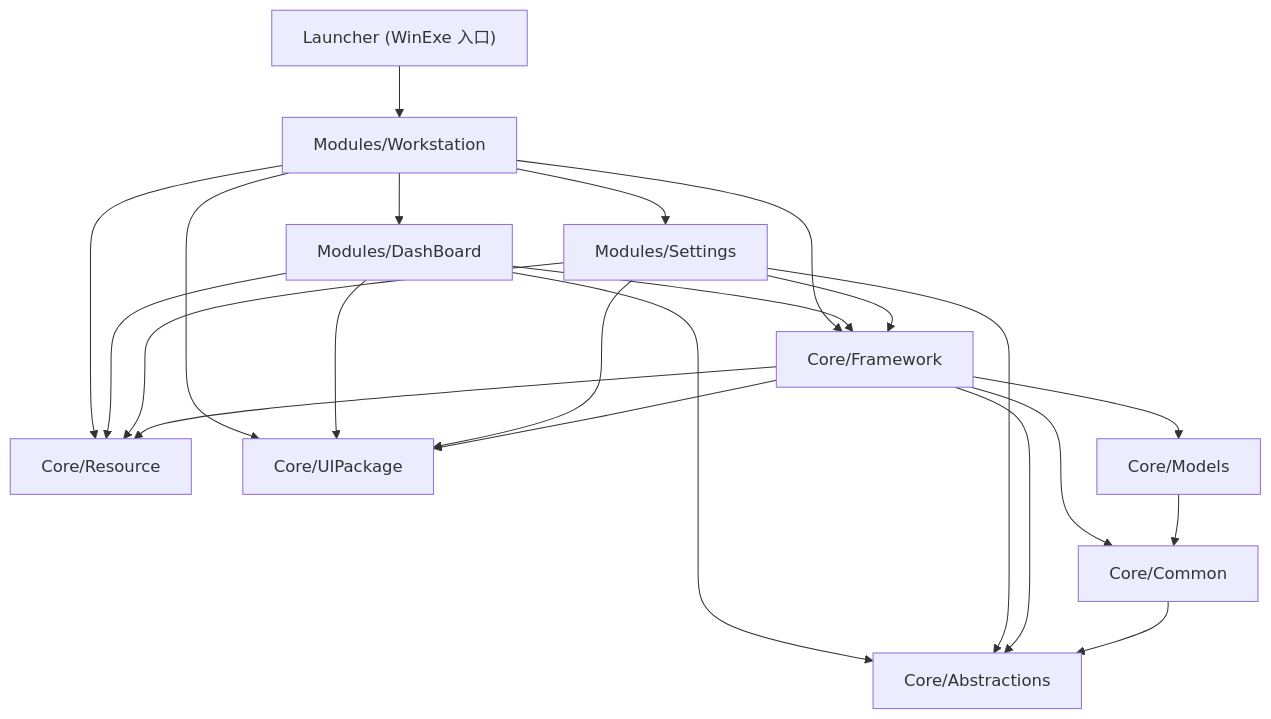
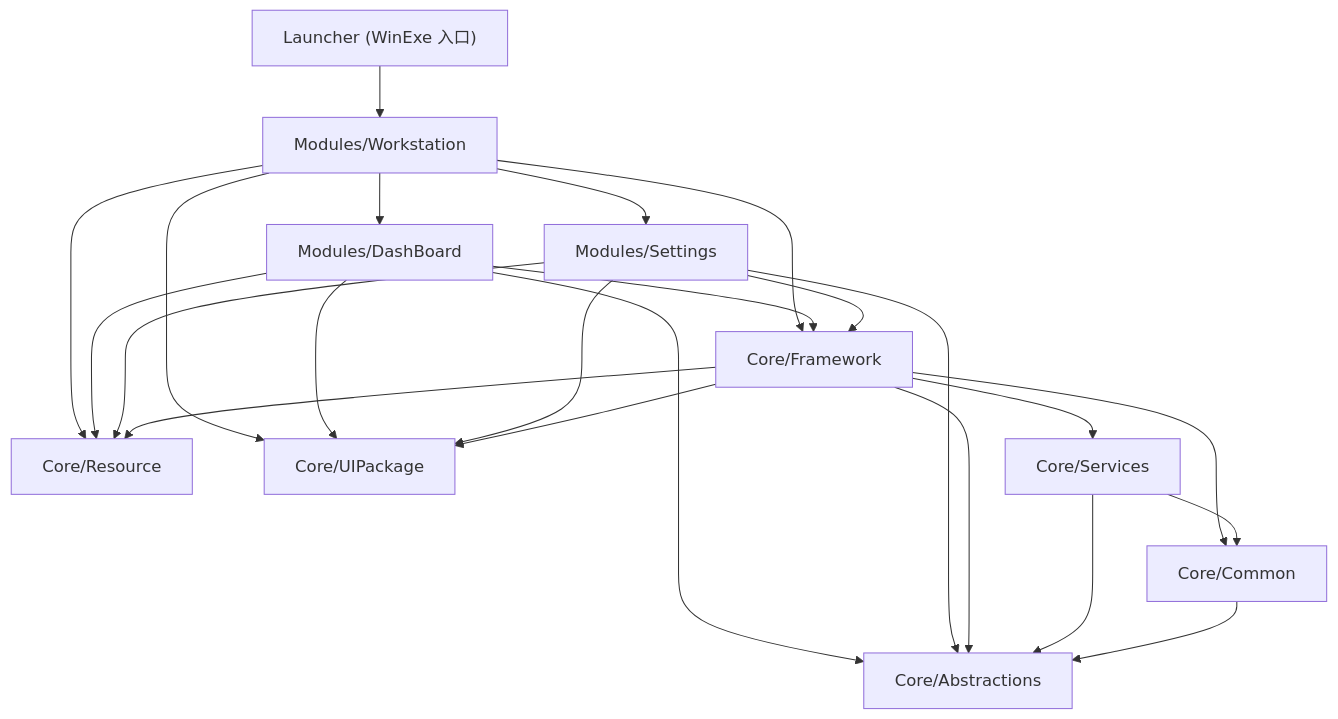
One commit to Ailurus-2233/Digital.Workstation changed the diagram in docs/analysis/README.md. Above: the diagram before and after it, drawn with Mermaid. The commit also changed other lines of this file and 169 other files, not shown here.

Commit message:
refactor: 拆分基础服务与共享事件，完善模块生命周期和插件管理 - 将 Core/Models 事件迁移至 Common/Events，基础服务迁移至独立 Services 项目 - 由 Framework 编排基础服务及模块、插件附加服务的启动与退出清理 - 在设置中新增插件管理标签，支持启用配置和重启后卸载 - 为插件增加稳定 Key 与名称资源键，区分模块和插件服务日志 - 同步项目引用、解决方案索引及架构文档

````diff
--- a/docs/analysis/README.md
+++ b/docs/analysis/README.md
@@ -53,24 +54,25 @@
 ```mermaid
 graph TD
   Launcher["Launcher (WinExe 入口)"] --> WS["Modules/Workstation"]
   WS --> FW["Core/Framework"]
   WS --> Res["Core/Resource"]
   WS --> UIP["Core/UIPackage"]
   WS --> DB["Modules/DashBoard"]
   WS --> ST["Modules/Settings"]
   DB --> Abs["Core/Abstractions"]
   DB --> FW
   DB --> Res
   DB --> UIP
   ST --> Abs
   ST --> FW
   ST --> Res
   ST --> UIP
   FW --> Abs
   FW --> Com["Core/Common"]
-  FW --> Mod["Core/Models"]
+  FW --> Svc["Core/Services"]
+  Svc --> Com
+  Svc --> Abs
   FW --> UIP
   FW --> Res
-  Mod --> Com
   Com --> Abs
 ```
````
